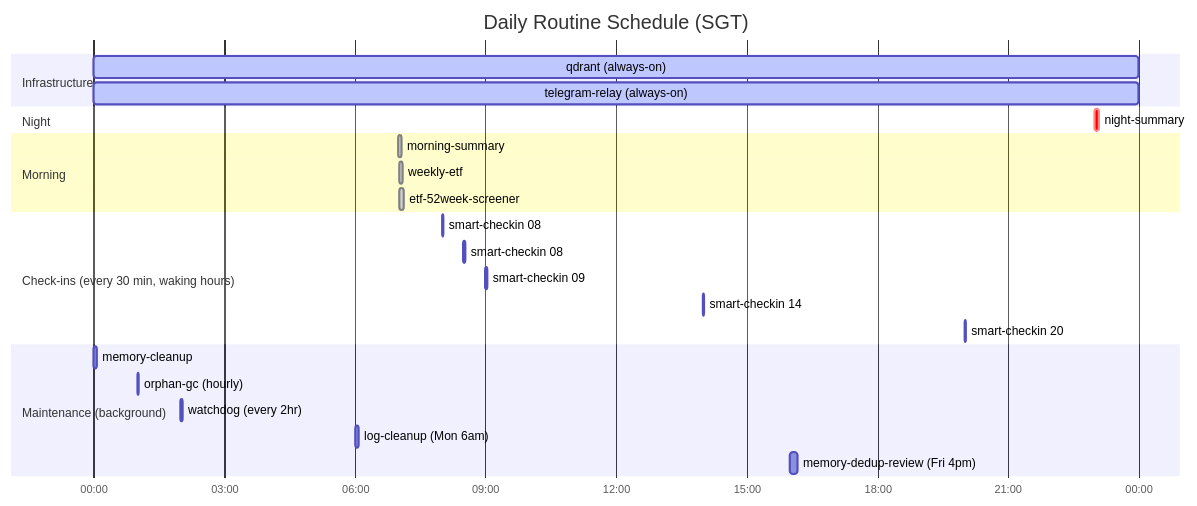
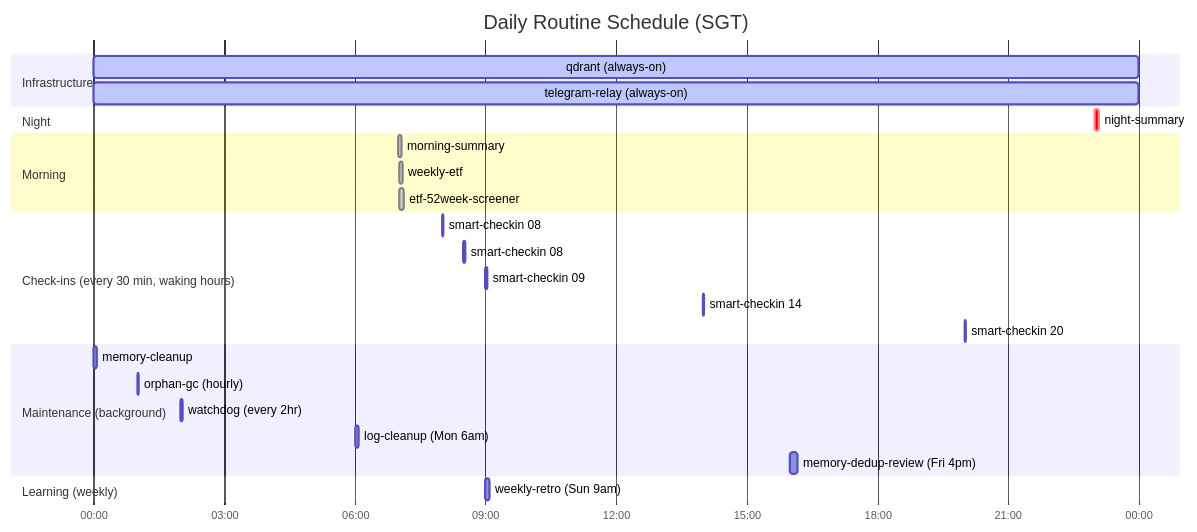
One commit to furi-wigt/claude-telegram-relay changed the second of 5 diagrams in docs/routines-system.md. Above: the diagram before and after it, drawn with Mermaid. The commit also changed other lines of this file and 3 other files, not shown here.

First line of the commit message:
docs: update docs for self-learning Phase 1 — /reflect command, weekly-retro, learning memory type

````diff
--- a/docs/routines-system.md
+++ b/docs/routines-system.md
@@ -94,32 +99,35 @@
 ```mermaid
 gantt
     title Daily Routine Schedule (SGT)
     dateFormat HH:mm
     axisFormat %H:%M
 
     section Infrastructure
     qdrant (always-on)       :active, 00:00, 24h
     telegram-relay (always-on) :active, 00:00, 24h
 
     section Night
     night-summary             :crit, 23:00, 5m
 
     section Morning
     morning-summary           :done, 07:00, 5m
     weekly-etf                :done, 07:01, 5m
     etf-52week-screener       :done, 07:02, 5m
 
     section Check-ins (every 30 min, waking hours)
     smart-checkin 08:00       :active, 08:00, 2m
     smart-checkin 08:30       :active, 08:30, 2m
     smart-checkin 09:00       :active, 09:00, 2m
     smart-checkin 14:00       :active, 14:00, 2m
     smart-checkin 20:00       :active, 20:00, 2m
 
     section Maintenance (background)
     memory-cleanup            :00:00, 5m
     orphan-gc (hourly)        :01:00, 2m
     watchdog (every 2hr)      :02:00, 3m
     log-cleanup (Mon 6am)     :06:00, 5m
     memory-dedup-review (Fri 4pm) :16:00, 10m
+
+    section Learning (weekly)
+    weekly-retro (Sun 9am)    :09:00, 5m
 ```
````
